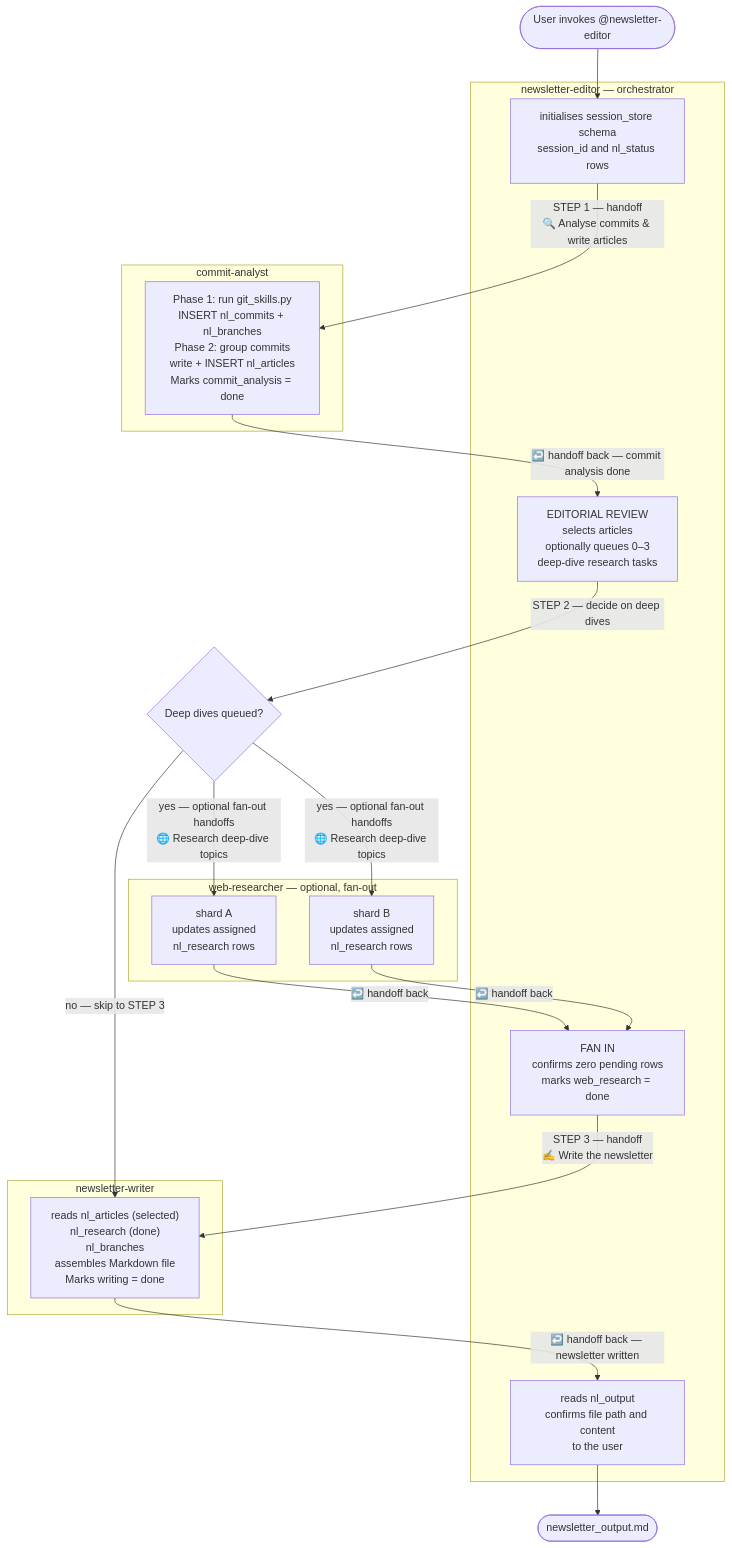
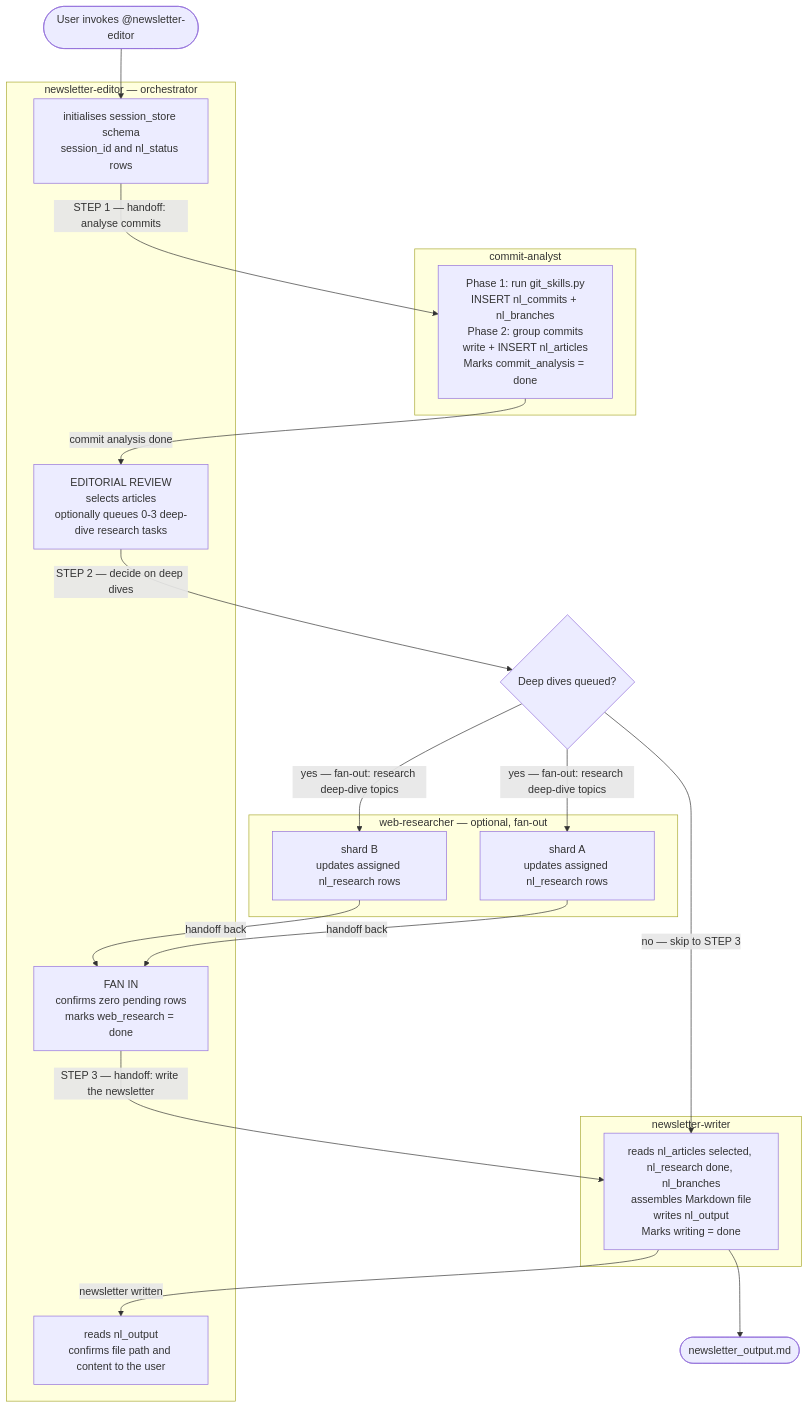
One commit to macintorsten/git-newsletter changed the diagram in .github/agents/FLOW.md. Above: the diagram before and after it, drawn with Mermaid. The commit also changed 1 other file, not shown here.

Commit message:
Fix Mermaid diagrams: replace \\n with br, fix output node ownership

````diff
--- a/.github/agents/FLOW.md
+++ b/.github/agents/FLOW.md
@@ -8,39 +8,39 @@
 ```mermaid
 flowchart TD
     User([User invokes @newsletter-editor])
 
     subgraph editor [newsletter-editor — orchestrator]
-        Init["initialises session_store schema\nsession_id and nl_status rows"]
-        Editorial["EDITORIAL REVIEW\nselects articles\noptionally queues 0–3\ndeep-dive research tasks"]
-        FanIn["FAN IN\nconfirms zero pending rows\nmarks web_research = done"]
-        Finalise["reads nl_output\nconfirms file path and content\nto the user"]
+        Init["initialises session_store schema<br/>session_id and nl_status rows"]
+        Editorial["EDITORIAL REVIEW<br/>selects articles<br/>optionally queues 0-3 deep-dive research tasks"]
+        FanIn["FAN IN<br/>confirms zero pending rows<br/>marks web_research = done"]
+        Finalise["reads nl_output<br/>confirms file path and content to the user"]
     end
 
     subgraph analyst [commit-analyst]
-        CommitAnalyst["Phase 1: run git_skills.py\nINSERT nl_commits + nl_branches\nPhase 2: group commits\nwrite + INSERT nl_articles\nMarks commit_analysis = done"]
+        CommitAnalyst["Phase 1: run git_skills.py<br/>INSERT nl_commits + nl_branches<br/>Phase 2: group commits<br/>write + INSERT nl_articles<br/>Marks commit_analysis = done"]
     end
 
     subgraph research [web-researcher — optional, fan-out]
-        ResearchA["shard A\nupdates assigned\nnl_research rows"]
-        ResearchB["shard B\nupdates assigned\nnl_research rows"]
+        ResearchA["shard A<br/>updates assigned nl_research rows"]
+        ResearchB["shard B<br/>updates assigned nl_research rows"]
     end
 
     subgraph writer [newsletter-writer]
-        Writer["reads nl_articles (selected)\nnl_research (done)\nnl_branches\nassembles Markdown file\nMarks writing = done"]
+        Writer["reads nl_articles selected, nl_research done, nl_branches<br/>assembles Markdown file<br/>writes nl_output<br/>Marks writing = done"]
     end
 
     Output([newsletter_output.md])
 
     User --> Init
-    Init -->|"STEP 1 — handoff\n🔍 Analyse commits & write articles"| CommitAnalyst
-    CommitAnalyst -->|"↩️ handoff back — commit analysis done"| Editorial
+    Init -->|"STEP 1 — handoff: analyse commits"| CommitAnalyst
+    CommitAnalyst -->|"commit analysis done"| Editorial
     Editorial -->|"STEP 2 — decide on deep dives"| DeepDives{"Deep dives queued?"}
-    DeepDives -->|"yes — optional fan-out handoffs\n🌐 Research deep-dive topics"| ResearchA
-    DeepDives -->|"yes — optional fan-out handoffs\n🌐 Research deep-dive topics"| ResearchB
-    ResearchA -->|"↩️ handoff back"| FanIn
-    ResearchB -->|"↩️ handoff back"| FanIn
+    DeepDives -->|"yes — fan-out: research deep-dive topics"| ResearchA
+    DeepDives -->|"yes — fan-out: research deep-dive topics"| ResearchB
+    ResearchA -->|"handoff back"| FanIn
+    ResearchB -->|"handoff back"| FanIn
     DeepDives -->|"no — skip to STEP 3"| Writer
-    FanIn -->|"STEP 3 — handoff\n✍️ Write the newsletter"| Writer
-    Writer -->|"↩️ handoff back — newsletter written"| Finalise
-    Finalise --> Output
+    FanIn -->|"STEP 3 — handoff: write the newsletter"| Writer
+    Writer --> Output
+    Writer -->|"newsletter written"| Finalise
 ```
````
